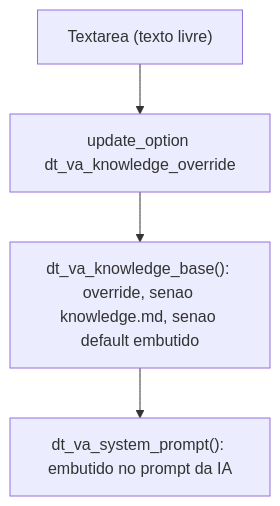
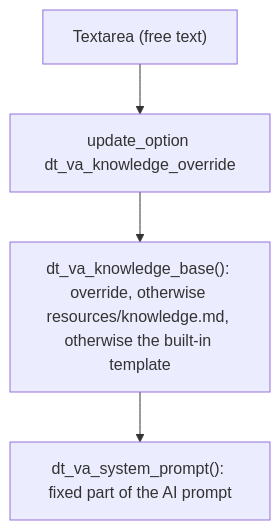
One commit to henriqpohl/dovetail-studio changed the first of 3 diagrams in modules/virtual-assistant/docs/admin-config-flow.md. Above: the diagram before and after it, drawn with Mermaid. The commit also changed other lines of this file and 139 other files, not shown here.

````diff
--- a/modules/virtual-assistant/docs/admin-config-flow.md
+++ b/modules/virtual-assistant/docs/admin-config-flow.md
@@ -7,6 +7,6 @@
 ```mermaid
 flowchart TD
-    KB1["Textarea (texto livre)"] --> KB2["update_option dt_va_knowledge_override"]
-    KB2 --> KB3["dt_va_knowledge_base(): override, senao knowledge.md, senao default embutido"]
-    KB3 --> KB4["dt_va_system_prompt(): embutido no prompt da IA"]
+    KB1["Textarea (free text)"] --> KB2["update_option dt_va_knowledge_override"]
+    KB2 --> KB3["dt_va_knowledge_base(): override, otherwise resources/knowledge.md, otherwise the built-in template"]
+    KB3 --> KB4["dt_va_system_prompt(): fixed part of the AI prompt"]
 ```
````
